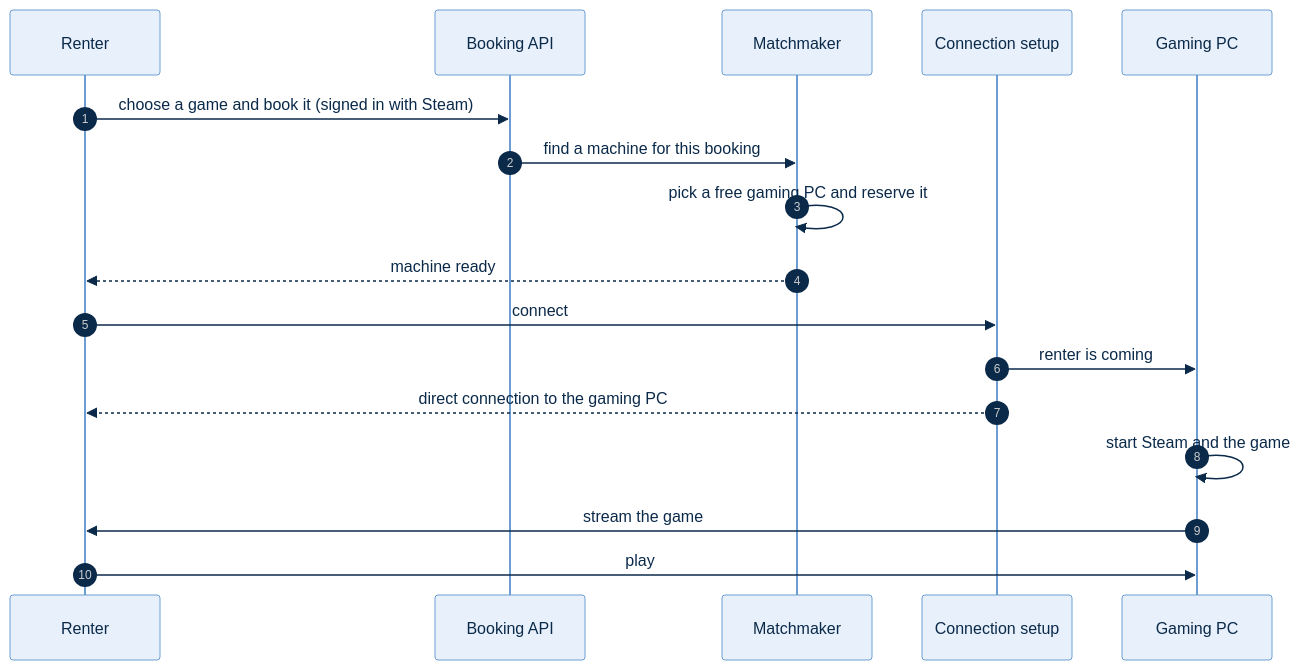
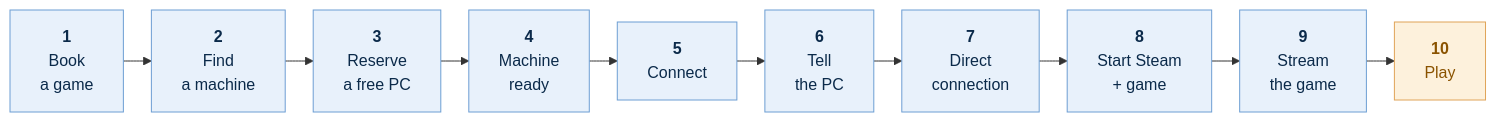
Before and after one commit to tomnotthomas/distributed_gaming: the diagram in docs/diagrams/workflow.mmd, drawn with Mermaid. The commit also changed 2 other files, not shown here.

```diff
--- a/docs/diagrams/workflow.mmd
+++ b/docs/diagrams/workflow.mmd
@@ -1,38 +1,23 @@
 ---
 config:
   theme: base
+  flowchart:
+    curve: basis
+    nodeSpacing: 30
+    rankSpacing: 28
+    htmlLabels: true
   themeVariables:
     fontFamily: "Helvetica Neue, Helvetica, Arial, sans-serif"
-    fontSize: 14px
-    primaryColor: "#e8f1fb"
-    primaryBorderColor: "#6d9ed3"
+    fontSize: 16px
+    lineColor: "#333333"
     primaryTextColor: "#0b2a4a"
-    lineColor: "#333333"
-    noteBkgColor: "#ffffff"
-    noteBorderColor: "#ffffff"
-    noteTextColor: "#666666"
-    actorBkg: "#e8f1fb"
-    actorBorder: "#6d9ed3"
   themeCSS: >-
-    svg, text, tspan, span, p, div { font-family: "Helvetica Neue", Helvetica, Arial, sans-serif !important; }
-    .noteText, .noteText tspan { font-weight: 600; fill: #222 !important; font-size: 15px !important; }
-    .labelText, .loopText, .loopText tspan { font-weight: bold; fill: #444 !important; }
+    svg, text, span, p, div { font-family: "Helvetica Neue", Helvetica, Arial, sans-serif !important; }
 ---
-sequenceDiagram
-  autonumber
-  participant R as Renter
-  participant API as Booking API
-  participant MM as Matchmaker
-  participant SIG as Connection setup
-  participant PC as Gaming PC
+flowchart LR
+  S1["<b>1</b><br/>Book<br/>a game"] --> S2["<b>2</b><br/>Find<br/>a machine"] --> S3["<b>3</b><br/>Reserve<br/>a free PC"] --> S4["<b>4</b><br/>Machine<br/>ready"] --> S5["<b>5</b><br/>Connect"] --> S6["<b>6</b><br/>Tell<br/>the PC"] --> S7["<b>7</b><br/>Direct<br/>connection"] --> S8["<b>8</b><br/>Start Steam<br/>+ game"] --> S9["<b>9</b><br/>Stream<br/>the game"] --> S10["<b>10</b><br/>Play"]
 
-  R->>API: choose a game and book it (signed in with Steam)
-  API->>MM: find a machine for this booking
-  MM->>MM: pick a free gaming PC and reserve it
-  MM-->>R: machine ready
-  R->>SIG: connect
-  SIG->>PC: renter is coming
-  SIG-->>R: direct connection to the gaming PC
-  PC->>PC: start Steam and the game
-  PC->>R: stream the game
-  R->>PC: play
+  classDef step fill:#e8f1fb,stroke:#6d9ed3,color:#0b2a4a
+  classDef done fill:#fdf1dc,stroke:#e0a458,color:#8a5300
+  class S1,S2,S3,S4,S5,S6,S7,S8,S9 step
+  class S10 done
```
